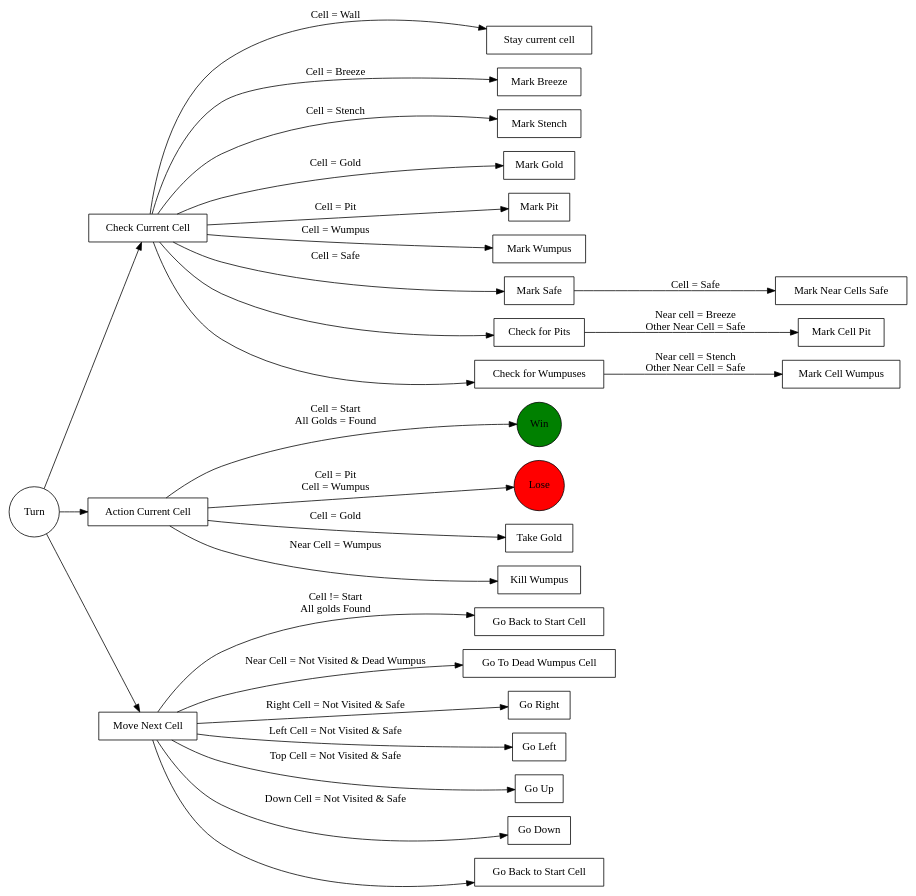
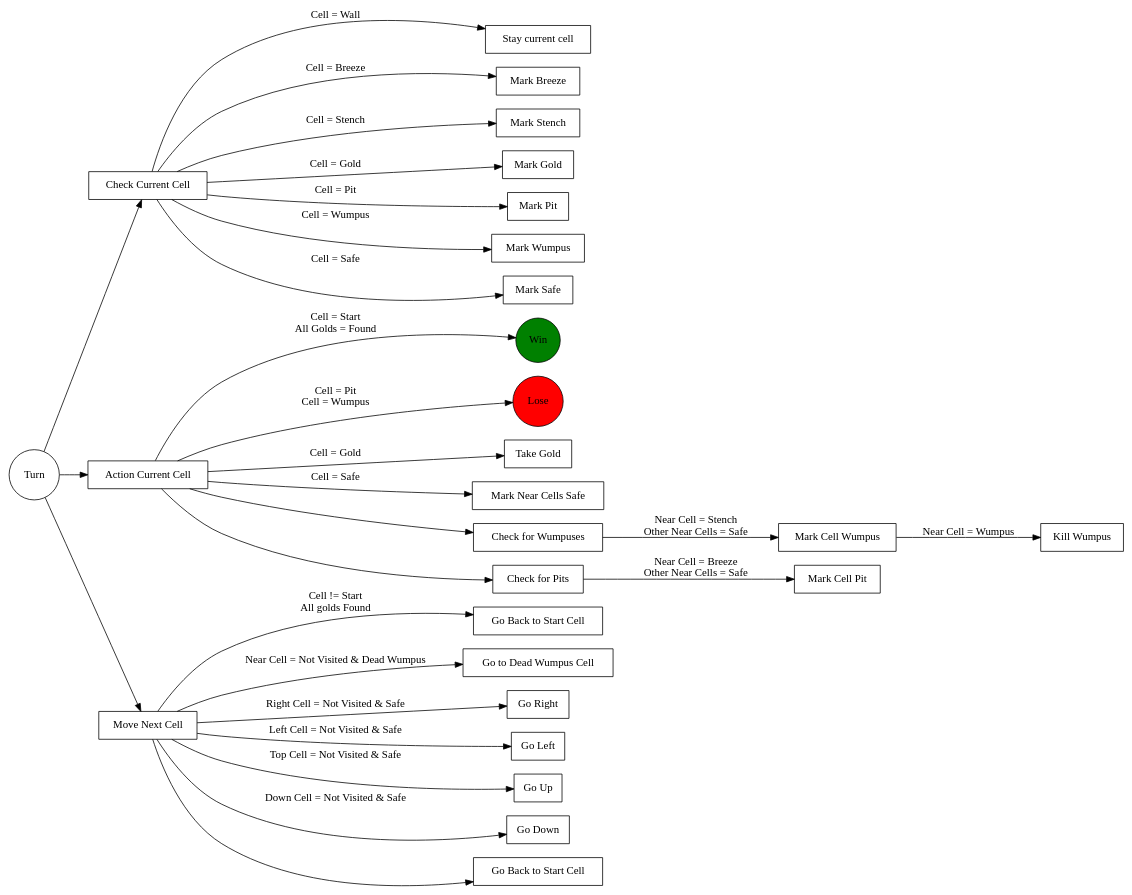
The diagram in Assets/Illustrations/graphs/wumpus_graph.dot (lapeyrade/WumpusWorld), drawn with Graphviz before and after one commit. The commit also changed 14 other files, not shown here.

```diff
--- a/Assets/Illustrations/graphs/wumpus_graph.dot
+++ b/Assets/Illustrations/graphs/wumpus_graph.dot
@@ -1,90 +1,86 @@
 digraph WumpusWorldGraph {
 
     /* Entities */
     nextMove [label="Turn", shape="circle",]
     checkCell [label="Check Current Cell", shape="rectangle"]
     actionCell [label="Action Current Cell", shape="rectangle"]
     prologMove [label="Move Next Cell", shape="rectangle"]
     
     /* Relationships */
     nextMove -> actionCell
     nextMove -> prologMove
     nextMove -> checkCell
 
     /* Ranks */
     // rankdir = TB
-    rankdir = LR
+    rankdir = LR;
 
     subgraph {
         /* Entities */
         stayCell [label="Stay current cell", shape="rectangle"]
 
         cellBreeze [label="Mark Breeze", shape="rectangle"]
         cellStench [label="Mark Stench", shape="rectangle"]
         cellGold [label="Mark Gold", shape="rectangle"]
         cellPit [label="Mark Pit", shape="rectangle"]
         cellWumpus [label="Mark Wumpus", shape="rectangle"]
-
         cellSafe [label="Mark Safe", shape="rectangle"]
-        nearCellSafe [label="Mark Near Cells Safe", shape="rectangle"]
-
-        checkForPit[label="Check for Pits", shape="rectangle"]
-        checkForWumpus[label="Check for Wumpuses", shape="rectangle"]
-
-        markWumpus[label="Mark Cell Wumpus", shape="rectangle"]
-        markPit[label="Mark Cell Pit", shape="rectangle"]
 
         /* Relationships */
         checkCell -> stayCell[label= "Cell = Wall"]
         checkCell -> cellBreeze[label= "Cell = Breeze"]
         checkCell -> cellStench[label= "Cell = Stench"]
         checkCell -> cellGold[label= "Cell = Gold"]
         checkCell -> cellWumpus[label= "Cell = Wumpus"]
         checkCell -> cellPit[label= "Cell = Pit"]
         checkCell -> cellSafe[label= "Cell = Safe"]
-        cellSafe -> nearCellSafe[label= "Cell = Safe"]
-
-        checkCell -> checkForWumpus
-        checkForWumpus -> markWumpus[label= "Near cell = Stench \n Other Near Cell = Safe"]
-        checkCell -> checkForPit
-        checkForPit -> markPit[label= "Near cell = Breeze \n Other Near Cell = Safe"] 
     }
 
 
     subgraph {
         /* Entities */
         gameOverWin [label="Win", shape="circle", style=filled, fillcolor=green]
         gameOverLose [label="Lose", shape="circle", style=filled, fillcolor=red]
         takeGold [label="Take Gold", shape="rectangle"]
+        nearCellSafe [label="Mark Near Cells Safe", shape="rectangle"]
+        checkForWumpus[label="Check for Wumpuses", shape="rectangle"]
         killWumpus [label="Kill Wumpus", shape="rectangle"]
+        markWumpus[label="Mark Cell Wumpus", shape="rectangle"]
+        checkForPit[label="Check for Pits", shape="rectangle"]
+        markPit[label="Mark Cell Pit", shape="rectangle"]
 
         /* Relationships */
         actionCell -> gameOverWin [label= "Cell = Start \n All Golds = Found"]
         actionCell -> gameOverLose [label= "Cell = Pit \n Cell = Wumpus"]
+        actionCell -> nearCellSafe[label="Cell = Safe"]
+        actionCell -> checkForWumpus
+        checkForWumpus -> markWumpus[label= "Near Cell = Stench \n Other Near Cells = Safe"]
+        markWumpus -> killWumpus[label= "Near Cell = Wumpus"]
+        actionCell -> checkForPit
+        checkForPit -> markPit[label= "Near Cell = Breeze \n Other Near Cells = Safe"] 
         actionCell -> takeGold [label= "Cell = Gold"]
-        actionCell -> killWumpus[label= "Near Cell = Wumpus"]
     }
 
     subgraph {
         /* Entities */
         goBack [label="Go Back to Start Cell", shape="rectangle"]
-        goWumpusDead [label="Go To Dead Wumpus Cell", shape="rectangle"]
+        goWumpusDead [label="Go to Dead Wumpus Cell", shape="rectangle"]
         goRight [label="Go Right", shape="rectangle"]
         goLeft [label="Go Left", shape="rectangle"]
         goUp [label="Go Up", shape="rectangle"]
         goDown [label="Go Down", shape="rectangle"]
         goBack2 [label="Go Back to Start Cell", shape="rectangle"]
 
         /* Relationships */
         prologMove -> goBack[label= "Cell != Start \n All golds Found"]
         prologMove -> goWumpusDead[label= "Near Cell = Not Visited & Dead Wumpus"]
         prologMove -> goRight[label= "Right Cell = Not Visited & Safe"]
         prologMove -> goLeft[label= "Left Cell = Not Visited & Safe"]
         prologMove -> goUp[label= "Top Cell = Not Visited & Safe"]
         prologMove -> goDown[label= "Down Cell = Not Visited & Safe"]
         prologMove -> goBack2
 
         /* Ranks */
         // {rank=same; goUp -> goBack;}
     }
 }
```
